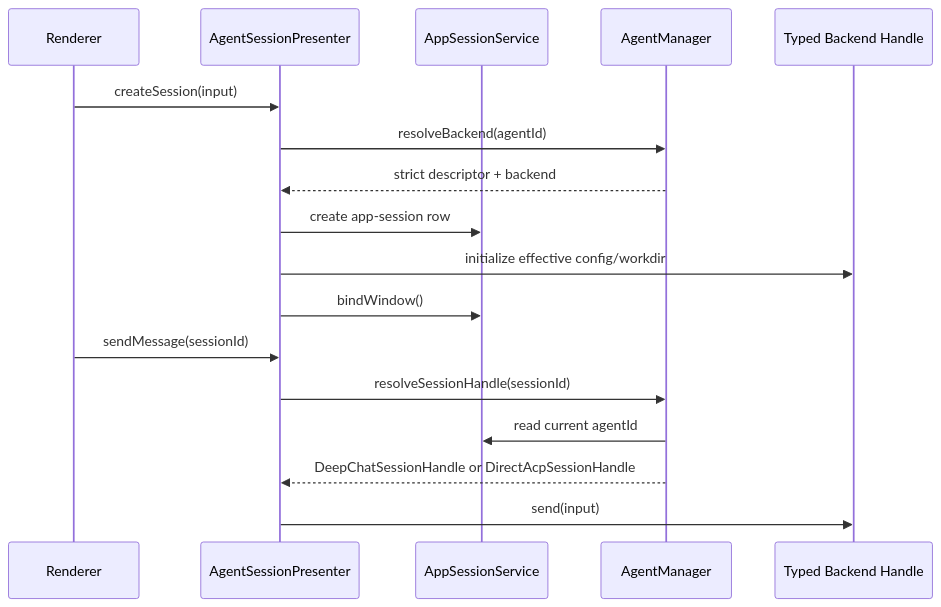
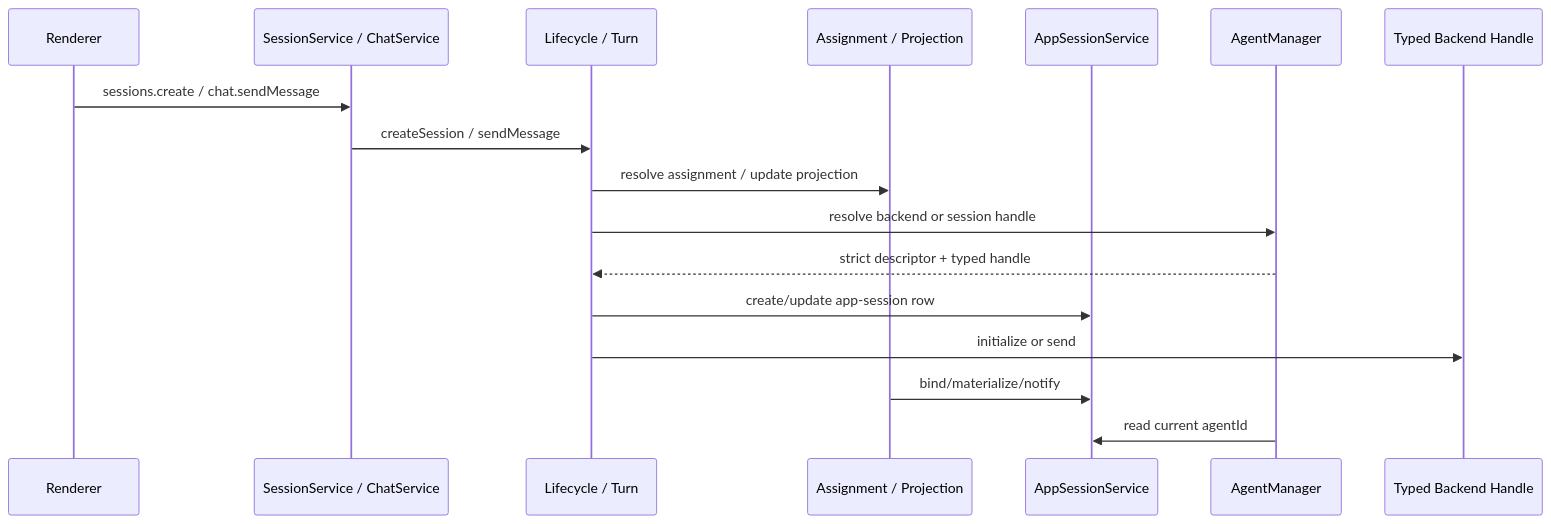
The diagram in docs/architecture/session-management.md (zerob13/deepchat), drawn with Mermaid before and after one commit. The commit also changed other lines of this file and 57 other files, not shown here.

````diff
--- a/docs/architecture/session-management.md
+++ b/docs/architecture/session-management.md
@@ -35,20 +38,20 @@
 ```mermaid
 sequenceDiagram
     participant R as Renderer
-    participant F as AgentSessionPresenter
+    participant SS as SessionService / ChatService
+    participant L as Lifecycle / Turn
+    participant A as Assignment / Projection
     participant S as AppSessionService
     participant M as AgentManager
     participant B as Typed Backend Handle
 
-    R->>F: createSession(input)
-    F->>M: resolveBackend(agentId)
-    M-->>F: strict descriptor + backend
-    F->>S: create app-session row
-    F->>B: initialize effective config/workdir
-    F->>S: bindWindow()
-    R->>F: sendMessage(sessionId)
-    F->>M: resolveSessionHandle(sessionId)
+    R->>SS: sessions.create / chat.sendMessage
+    SS->>L: createSession / sendMessage
+    L->>A: resolve assignment / update projection
+    L->>M: resolve backend or session handle
+    M-->>L: strict descriptor + typed handle
+    L->>S: create/update app-session row
+    L->>B: initialize or send
+    A->>S: bind/materialize/notify
     M->>S: read current agentId
-    M-->>F: DeepChatSessionHandle or DirectAcpSessionHandle
-    F->>B: send(input)
 ```
````
